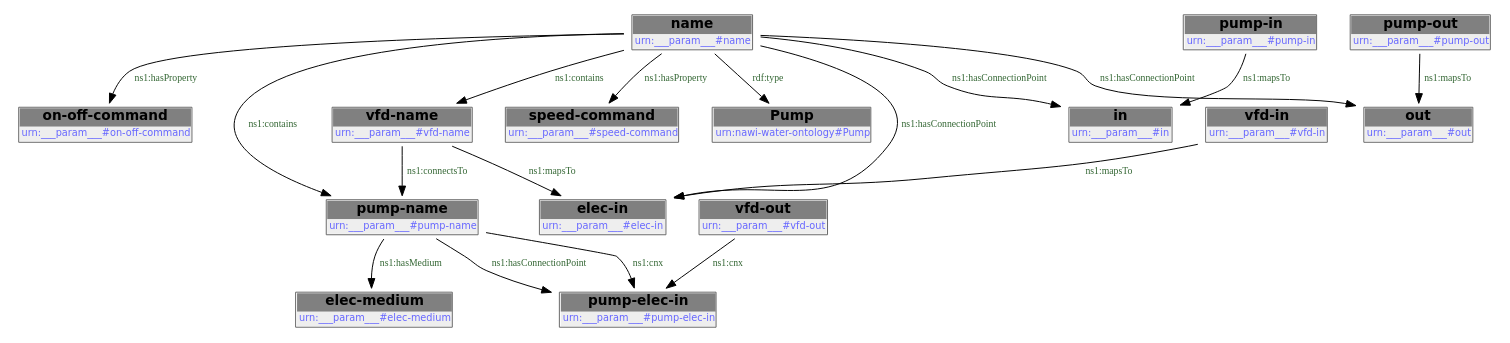
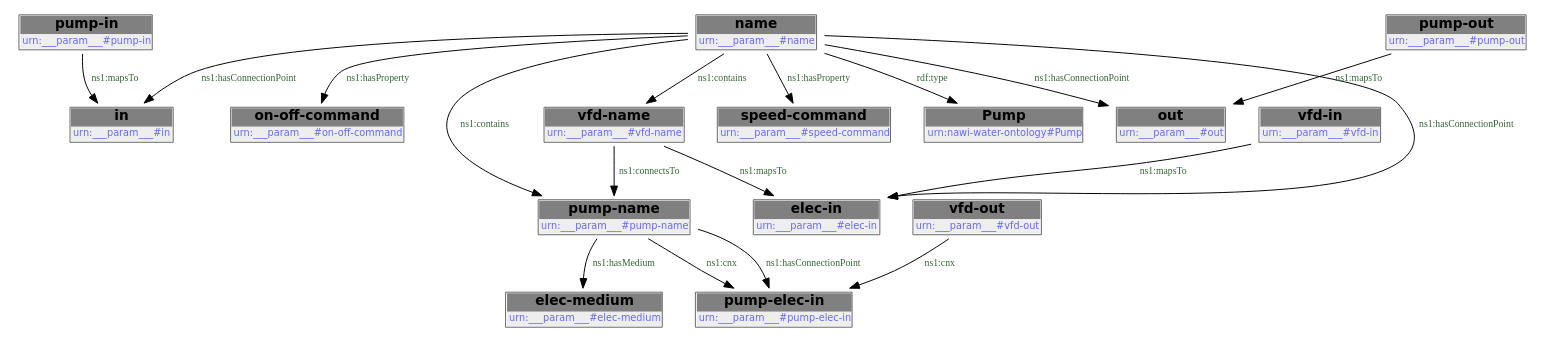
Before and after one commit to DataDrivenCPS/water-ontology: the first of 2 diagrams in docs/libraries/templates/pump-with-vfd.rst, drawn with Graphviz. The commit also changed other lines of this file and 33 other files, not shown here.

```diff
--- a/docs/libraries/templates/pump-with-vfd.rst
+++ b/docs/libraries/templates/pump-with-vfd.rst
@@ -177,37 +177,37 @@
         .. graphviz::
 
                 digraph G {
             node [fontname="DejaVu Sans"];
             node0 -> node1 [color=BLACK, label=< <font point-size='10' color='#336633'>rdf:type</font> >];
-            node2 -> node3 [color=BLACK, label=< <font point-size='10' color='#336633'>ns1:hasConnectionPoint</font> >];
+            node0 -> node2 [color=BLACK, label=< <font point-size='10' color='#336633'>ns1:hasConnectionPoint</font> >];
+            node0 -> node3 [color=BLACK, label=< <font point-size='10' color='#336633'>ns1:hasConnectionPoint</font> >];
             node0 -> node4 [color=BLACK, label=< <font point-size='10' color='#336633'>ns1:hasConnectionPoint</font> >];
             node0 -> node5 [color=BLACK, label=< <font point-size='10' color='#336633'>ns1:hasProperty</font> >];
-            node2 -> node3 [color=BLACK, label=< <font point-size='10' color='#336633'>ns1:cnx</font> >];
-            node6 -> node2 [color=BLACK, label=< <font point-size='10' color='#336633'>ns1:connectsTo</font> >];
+            node6 -> node7 [color=BLACK, label=< <font point-size='10' color='#336633'>ns1:connectsTo</font> >];
             node0 -> node6 [color=BLACK, label=< <font point-size='10' color='#336633'>ns1:contains</font> >];
-            node7 -> node8 [color=BLACK, label=< <font point-size='10' color='#336633'>ns1:mapsTo</font> >];
-            node0 -> node9 [color=BLACK, label=< <font point-size='10' color='#336633'>ns1:hasConnectionPoint</font> >];
-            node0 -> node8 [color=BLACK, label=< <font point-size='10' color='#336633'>ns1:hasConnectionPoint</font> >];
-            node0 -> node2 [color=BLACK, label=< <font point-size='10' color='#336633'>ns1:contains</font> >];
-            node10 -> node4 [color=BLACK, label=< <font point-size='10' color='#336633'>ns1:mapsTo</font> >];
-            node0 -> node11 [color=BLACK, label=< <font point-size='10' color='#336633'>ns1:hasProperty</font> >];
-            node6 -> node8 [color=BLACK, label=< <font point-size='10' color='#336633'>ns1:mapsTo</font> >];
-            node2 -> node12 [color=BLACK, label=< <font point-size='10' color='#336633'>ns1:hasMedium</font> >];
-            node13 -> node9 [color=BLACK, label=< <font point-size='10' color='#336633'>ns1:mapsTo</font> >];
-            node14 -> node3 [color=BLACK, label=< <font point-size='10' color='#336633'>ns1:cnx</font> >];
+            node8 -> node4 [color=BLACK, label=< <font point-size='10' color='#336633'>ns1:mapsTo</font> >];
+            node0 -> node9 [color=BLACK, label=< <font point-size='10' color='#336633'>ns1:hasProperty</font> >];
+            node7 -> node10 [color=BLACK, label=< <font point-size='10' color='#336633'>ns1:cnx</font> >];
+            node0 -> node7 [color=BLACK, label=< <font point-size='10' color='#336633'>ns1:contains</font> >];
+            node7 -> node10 [color=BLACK, label=< <font point-size='10' color='#336633'>ns1:hasConnectionPoint</font> >];
+            node6 -> node2 [color=BLACK, label=< <font point-size='10' color='#336633'>ns1:mapsTo</font> >];
+            node11 -> node3 [color=BLACK, label=< <font point-size='10' color='#336633'>ns1:mapsTo</font> >];
+            node12 -> node10 [color=BLACK, label=< <font point-size='10' color='#336633'>ns1:cnx</font> >];
+            node13 -> node2 [color=BLACK, label=< <font point-size='10' color='#336633'>ns1:mapsTo</font> >];
+            node7 -> node14 [color=BLACK, label=< <font point-size='10' color='#336633'>ns1:hasMedium</font> >];
             node0 [shape=none, color=black, label=< <table color='#666666' cellborder='0' cellspacing='0' border='1'><tr><td colspan='2' bgcolor='grey'><B>name</B></td></tr><tr><td href='urn:___param___#name' bgcolor='#eeeeee' colspan='2'><font point-size='10' color='#6666ff'>urn:___param___#name</font></td></tr></table> >];
             node1 [shape=none, color=black, label=< <table color='#666666' cellborder='0' cellspacing='0' border='1'><tr><td colspan='2' bgcolor='grey'><B>Pump</B></td></tr><tr><td href='urn:nawi-water-ontology#Pump' bgcolor='#eeeeee' colspan='2'><font point-size='10' color='#6666ff'>urn:nawi-water-ontology#Pump</font></td></tr></table> >];
-            node2 [shape=none, color=black, label=< <table color='#666666' cellborder='0' cellspacing='0' border='1'><tr><td colspan='2' bgcolor='grey'><B>pump-name</B></td></tr><tr><td href='urn:___param___#pump-name' bgcolor='#eeeeee' colspan='2'><font point-size='10' color='#6666ff'>urn:___param___#pump-name</font></td></tr></table> >];
-            node3 [shape=none, color=black, label=< <table color='#666666' cellborder='0' cellspacing='0' border='1'><tr><td colspan='2' bgcolor='grey'><B>pump-elec-in</B></td></tr><tr><td href='urn:___param___#pump-elec-in' bgcolor='#eeeeee' colspan='2'><font point-size='10' color='#6666ff'>urn:___param___#pump-elec-in</font></td></tr></table> >];
-            node4 [shape=none, color=black, label=< <table color='#666666' cellborder='0' cellspacing='0' border='1'><tr><td colspan='2' bgcolor='grey'><B>in</B></td></tr><tr><td href='urn:___param___#in' bgcolor='#eeeeee' colspan='2'><font point-size='10' color='#6666ff'>urn:___param___#in</font></td></tr></table> >];
+            node2 [shape=none, color=black, label=< <table color='#666666' cellborder='0' cellspacing='0' border='1'><tr><td colspan='2' bgcolor='grey'><B>elec-in</B></td></tr><tr><td href='urn:___param___#elec-in' bgcolor='#eeeeee' colspan='2'><font point-size='10' color='#6666ff'>urn:___param___#elec-in</font></td></tr></table> >];
+            node3 [shape=none, color=black, label=< <table color='#666666' cellborder='0' cellspacing='0' border='1'><tr><td colspan='2' bgcolor='grey'><B>in</B></td></tr><tr><td href='urn:___param___#in' bgcolor='#eeeeee' colspan='2'><font point-size='10' color='#6666ff'>urn:___param___#in</font></td></tr></table> >];
+            node4 [shape=none, color=black, label=< <table color='#666666' cellborder='0' cellspacing='0' border='1'><tr><td colspan='2' bgcolor='grey'><B>out</B></td></tr><tr><td href='urn:___param___#out' bgcolor='#eeeeee' colspan='2'><font point-size='10' color='#6666ff'>urn:___param___#out</font></td></tr></table> >];
             node5 [shape=none, color=black, label=< <table color='#666666' cellborder='0' cellspacing='0' border='1'><tr><td colspan='2' bgcolor='grey'><B>on-off-command</B></td></tr><tr><td href='urn:___param___#on-off-command' bgcolor='#eeeeee' colspan='2'><font point-size='10' color='#6666ff'>urn:___param___#on-off-command</font></td></tr></table> >];
             node6 [shape=none, color=black, label=< <table color='#666666' cellborder='0' cellspacing='0' border='1'><tr><td colspan='2' bgcolor='grey'><B>vfd-name</B></td></tr><tr><td href='urn:___param___#vfd-name' bgcolor='#eeeeee' colspan='2'><font point-size='10' color='#6666ff'>urn:___param___#vfd-name</font></td></tr></table> >];
-            node7 [shape=none, color=black, label=< <table color='#666666' cellborder='0' cellspacing='0' border='1'><tr><td colspan='2' bgcolor='grey'><B>vfd-in</B></td></tr><tr><td href='urn:___param___#vfd-in' bgcolor='#eeeeee' colspan='2'><font point-size='10' color='#6666ff'>urn:___param___#vfd-in</font></td></tr></table> >];
-            node8 [shape=none, color=black, label=< <table color='#666666' cellborder='0' cellspacing='0' border='1'><tr><td colspan='2' bgcolor='grey'><B>elec-in</B></td></tr><tr><td href='urn:___param___#elec-in' bgcolor='#eeeeee' colspan='2'><font point-size='10' color='#6666ff'>urn:___param___#elec-in</font></td></tr></table> >];
-            node9 [shape=none, color=black, label=< <table color='#666666' cellborder='0' cellspacing='0' border='1'><tr><td colspan='2' bgcolor='grey'><B>out</B></td></tr><tr><td href='urn:___param___#out' bgcolor='#eeeeee' colspan='2'><font point-size='10' color='#6666ff'>urn:___param___#out</font></td></tr></table> >];
-            node10 [shape=none, color=black, label=< <table color='#666666' cellborder='0' cellspacing='0' border='1'><tr><td colspan='2' bgcolor='grey'><B>pump-in</B></td></tr><tr><td href='urn:___param___#pump-in' bgcolor='#eeeeee' colspan='2'><font point-size='10' color='#6666ff'>urn:___param___#pump-in</font></td></tr></table> >];
-            node11 [shape=none, color=black, label=< <table color='#666666' cellborder='0' cellspacing='0' border='1'><tr><td colspan='2' bgcolor='grey'><B>speed-command</B></td></tr><tr><td href='urn:___param___#speed-command' bgcolor='#eeeeee' colspan='2'><font point-size='10' color='#6666ff'>urn:___param___#speed-command</font></td></tr></table> >];
-            node12 [shape=none, color=black, label=< <table color='#666666' cellborder='0' cellspacing='0' border='1'><tr><td colspan='2' bgcolor='grey'><B>elec-medium</B></td></tr><tr><td href='urn:___param___#elec-medium' bgcolor='#eeeeee' colspan='2'><font point-size='10' color='#6666ff'>urn:___param___#elec-medium</font></td></tr></table> >];
-            node13 [shape=none, color=black, label=< <table color='#666666' cellborder='0' cellspacing='0' border='1'><tr><td colspan='2' bgcolor='grey'><B>pump-out</B></td></tr><tr><td href='urn:___param___#pump-out' bgcolor='#eeeeee' colspan='2'><font point-size='10' color='#6666ff'>urn:___param___#pump-out</font></td></tr></table> >];
-            node14 [shape=none, color=black, label=< <table color='#666666' cellborder='0' cellspacing='0' border='1'><tr><td colspan='2' bgcolor='grey'><B>vfd-out</B></td></tr><tr><td href='urn:___param___#vfd-out' bgcolor='#eeeeee' colspan='2'><font point-size='10' color='#6666ff'>urn:___param___#vfd-out</font></td></tr></table> >];
+            node7 [shape=none, color=black, label=< <table color='#666666' cellborder='0' cellspacing='0' border='1'><tr><td colspan='2' bgcolor='grey'><B>pump-name</B></td></tr><tr><td href='urn:___param___#pump-name' bgcolor='#eeeeee' colspan='2'><font point-size='10' color='#6666ff'>urn:___param___#pump-name</font></td></tr></table> >];
+            node8 [shape=none, color=black, label=< <table color='#666666' cellborder='0' cellspacing='0' border='1'><tr><td colspan='2' bgcolor='grey'><B>pump-out</B></td></tr><tr><td href='urn:___param___#pump-out' bgcolor='#eeeeee' colspan='2'><font point-size='10' color='#6666ff'>urn:___param___#pump-out</font></td></tr></table> >];
+            node9 [shape=none, color=black, label=< <table color='#666666' cellborder='0' cellspacing='0' border='1'><tr><td colspan='2' bgcolor='grey'><B>speed-command</B></td></tr><tr><td href='urn:___param___#speed-command' bgcolor='#eeeeee' colspan='2'><font point-size='10' color='#6666ff'>urn:___param___#speed-command</font></td></tr></table> >];
+            node10 [shape=none, color=black, label=< <table color='#666666' cellborder='0' cellspacing='0' border='1'><tr><td colspan='2' bgcolor='grey'><B>pump-elec-in</B></td></tr><tr><td href='urn:___param___#pump-elec-in' bgcolor='#eeeeee' colspan='2'><font point-size='10' color='#6666ff'>urn:___param___#pump-elec-in</font></td></tr></table> >];
+            node11 [shape=none, color=black, label=< <table color='#666666' cellborder='0' cellspacing='0' border='1'><tr><td colspan='2' bgcolor='grey'><B>pump-in</B></td></tr><tr><td href='urn:___param___#pump-in' bgcolor='#eeeeee' colspan='2'><font point-size='10' color='#6666ff'>urn:___param___#pump-in</font></td></tr></table> >];
+            node12 [shape=none, color=black, label=< <table color='#666666' cellborder='0' cellspacing='0' border='1'><tr><td colspan='2' bgcolor='grey'><B>vfd-out</B></td></tr><tr><td href='urn:___param___#vfd-out' bgcolor='#eeeeee' colspan='2'><font point-size='10' color='#6666ff'>urn:___param___#vfd-out</font></td></tr></table> >];
+            node13 [shape=none, color=black, label=< <table color='#666666' cellborder='0' cellspacing='0' border='1'><tr><td colspan='2' bgcolor='grey'><B>vfd-in</B></td></tr><tr><td href='urn:___param___#vfd-in' bgcolor='#eeeeee' colspan='2'><font point-size='10' color='#6666ff'>urn:___param___#vfd-in</font></td></tr></table> >];
+            node14 [shape=none, color=black, label=< <table color='#666666' cellborder='0' cellspacing='0' border='1'><tr><td colspan='2' bgcolor='grey'><B>elec-medium</B></td></tr><tr><td href='urn:___param___#elec-medium' bgcolor='#eeeeee' colspan='2'><font point-size='10' color='#6666ff'>urn:___param___#elec-medium</font></td></tr></table> >];
             }
```
